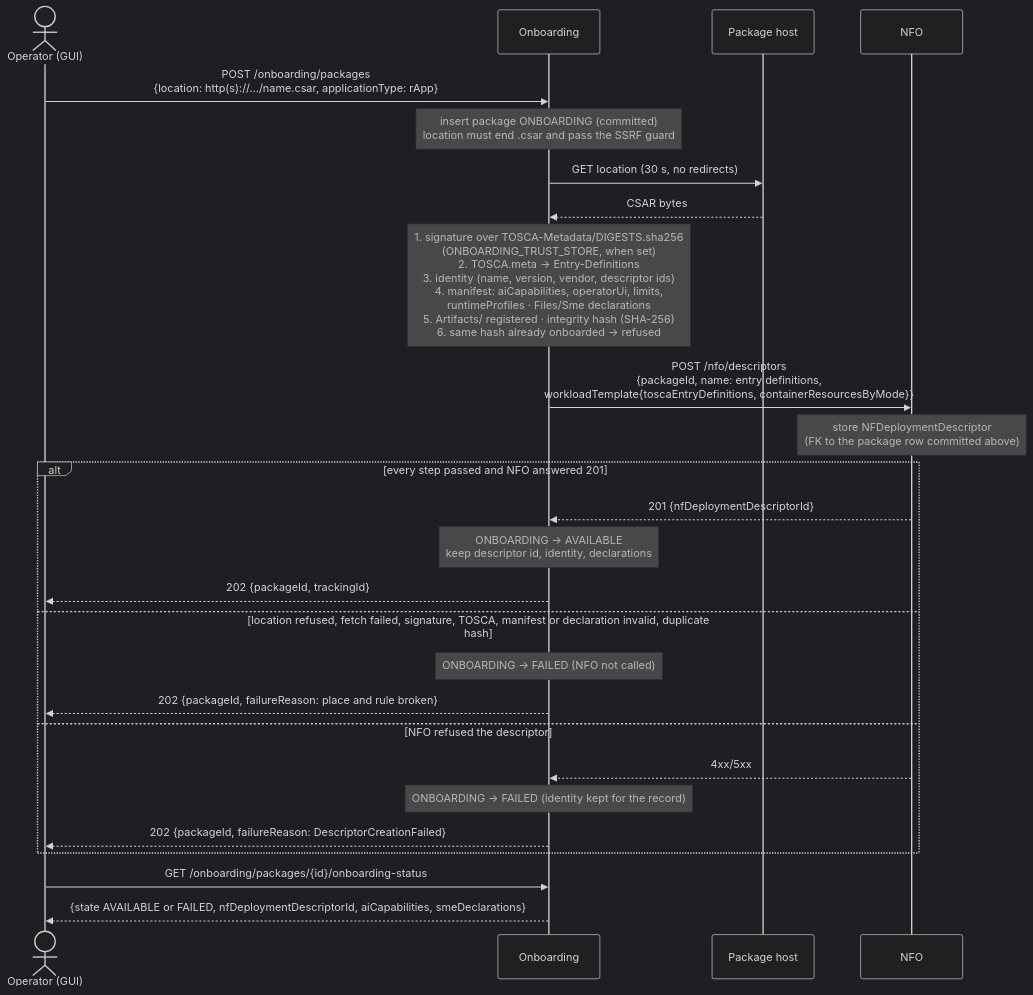
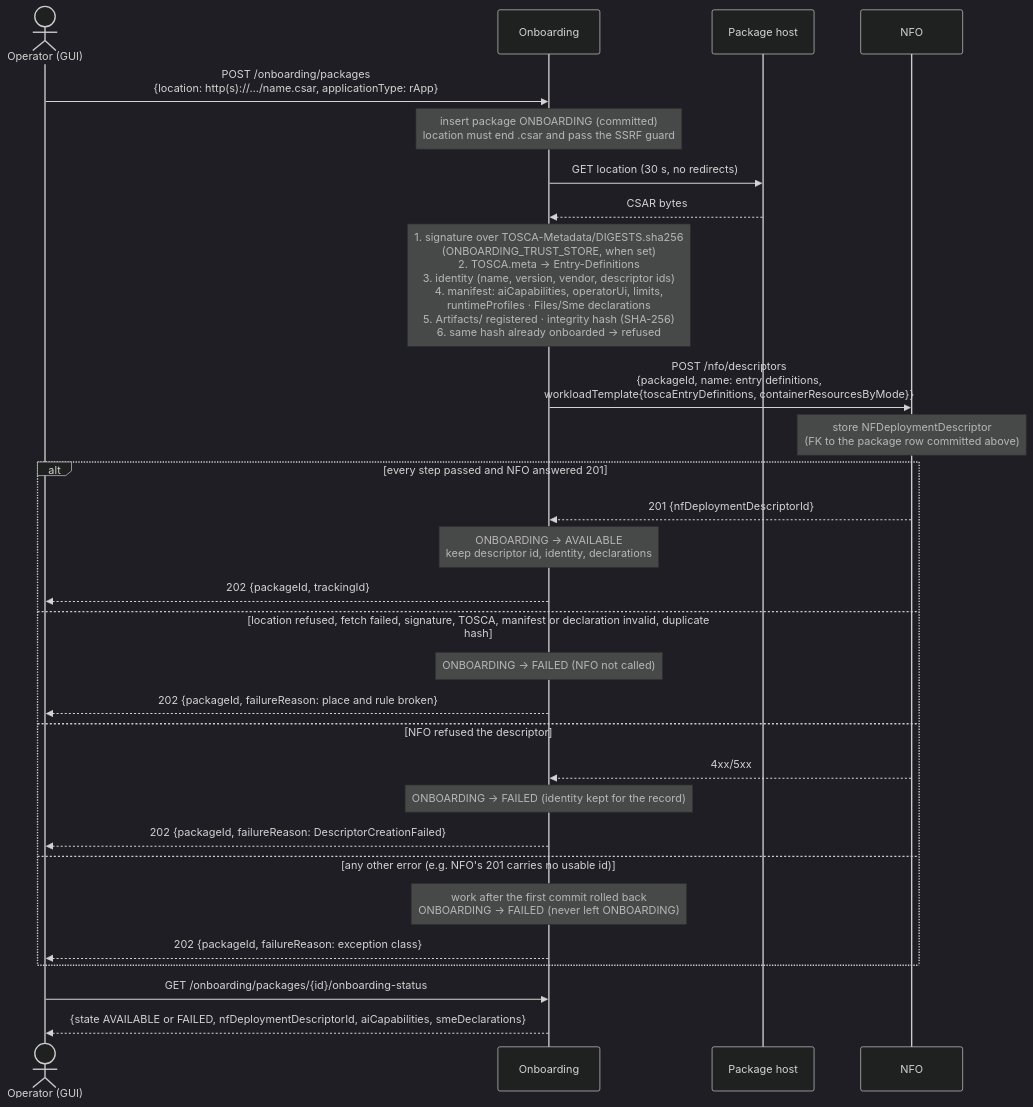
One commit to rsys-bshankar/ai-ran-smo changed the first of 5 diagrams in smo/docs/call-flows/01-rapp-onboarding-to-deployment.md. Above: the diagram before and after it, drawn with Mermaid (dark theme). The commit also changed other lines of this file and 41 other files, not shown here.

First line of the commit message:
Call flow 06 rewritten from the code; package usage contract made to hold (DOC-CF-1.2)

````diff
--- a/smo/docs/call-flows/01-rapp-onboarding-to-deployment.md
+++ b/smo/docs/call-flows/01-rapp-onboarding-to-deployment.md
@@ -33,29 +33,32 @@
 ```mermaid
 sequenceDiagram
     actor Op as Operator (GUI)
     participant Onb as Onboarding
     participant Host as Package host
     participant NFO as NFO
 
     Op->>Onb: POST /onboarding/packages<br/>{location: http(s)://…/name.csar, applicationType: rApp}
     Note over Onb: insert package ONBOARDING (committed)<br/>location must end .csar and pass the SSRF guard
     Onb->>Host: GET location (30 s, no redirects)
     Host-->>Onb: CSAR bytes
     Note over Onb: 1. signature over TOSCA-Metadata/DIGESTS.sha256<br/>   (ONBOARDING_TRUST_STORE, when set)<br/>2. TOSCA.meta → Entry-Definitions<br/>3. identity (name, version, vendor, descriptor ids)<br/>4. manifest: aiCapabilities, operatorUi, limits,<br/>   runtimeProfiles · Files/Sme declarations<br/>5. Artifacts/ registered · integrity hash (SHA-256)<br/>6. same hash already onboarded → refused
     Onb->>NFO: POST /nfo/descriptors<br/>{packageId, name: entry definitions,<br/>workloadTemplate{toscaEntryDefinitions, containerResourcesByMode}}
     Note over NFO: store NFDeploymentDescriptor<br/>(FK to the package row committed above)
     alt every step passed and NFO answered 201
         NFO-->>Onb: 201 {nfDeploymentDescriptorId}
         Note over Onb: ONBOARDING → AVAILABLE<br/>keep descriptor id, identity, declarations
         Onb-->>Op: 202 {packageId, trackingId}
     else location refused, fetch failed, signature, TOSCA, manifest or declaration invalid, duplicate hash
         Note over Onb: ONBOARDING → FAILED (NFO not called)
         Onb-->>Op: 202 {packageId, failureReason: place and rule broken}
     else NFO refused the descriptor
         NFO-->>Onb: 4xx/5xx
         Note over Onb: ONBOARDING → FAILED (identity kept for the record)
         Onb-->>Op: 202 {packageId, failureReason: DescriptorCreationFailed}
+    else any other error (e.g. NFO's 201 carries no usable id)
+        Note over Onb: work after the first commit rolled back<br/>ONBOARDING → FAILED (never left ONBOARDING)
+        Onb-->>Op: 202 {packageId, failureReason: exception class}
     end
     Op->>Onb: GET /onboarding/packages/{id}/onboarding-status
     Onb-->>Op: {state AVAILABLE or FAILED, nfDeploymentDescriptorId, aiCapabilities, smeDeclarations}
 ```
````
